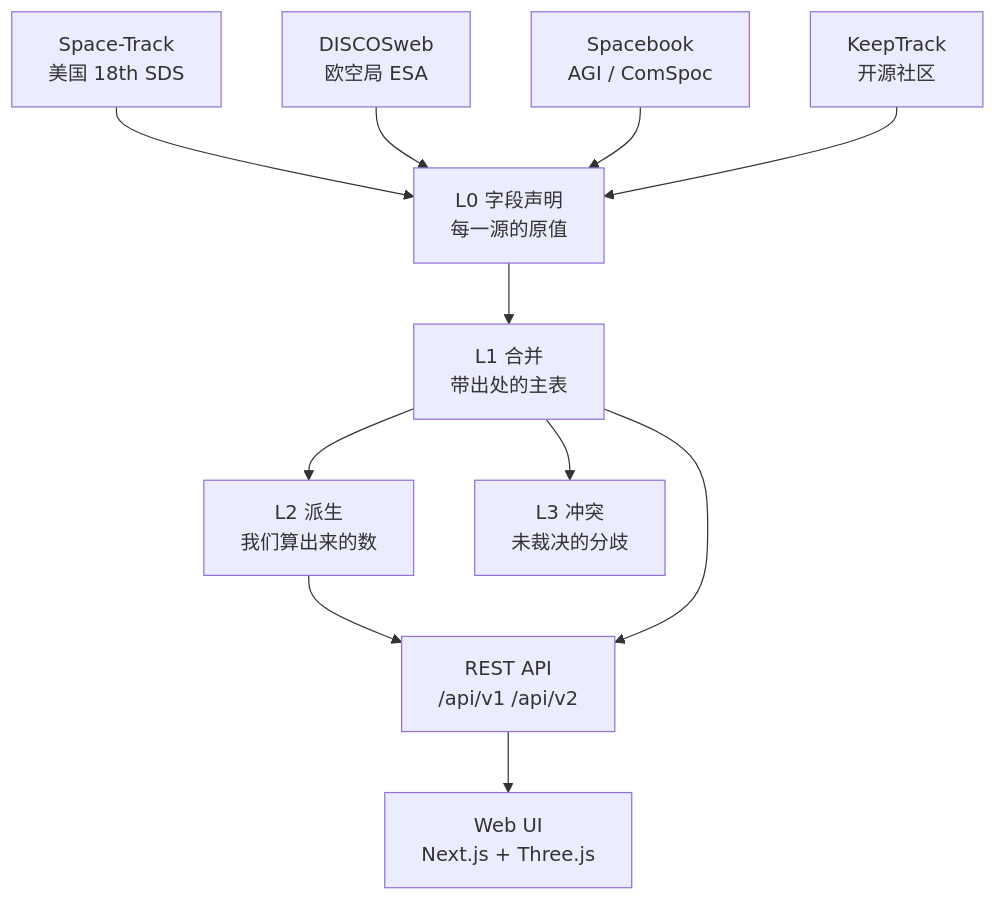
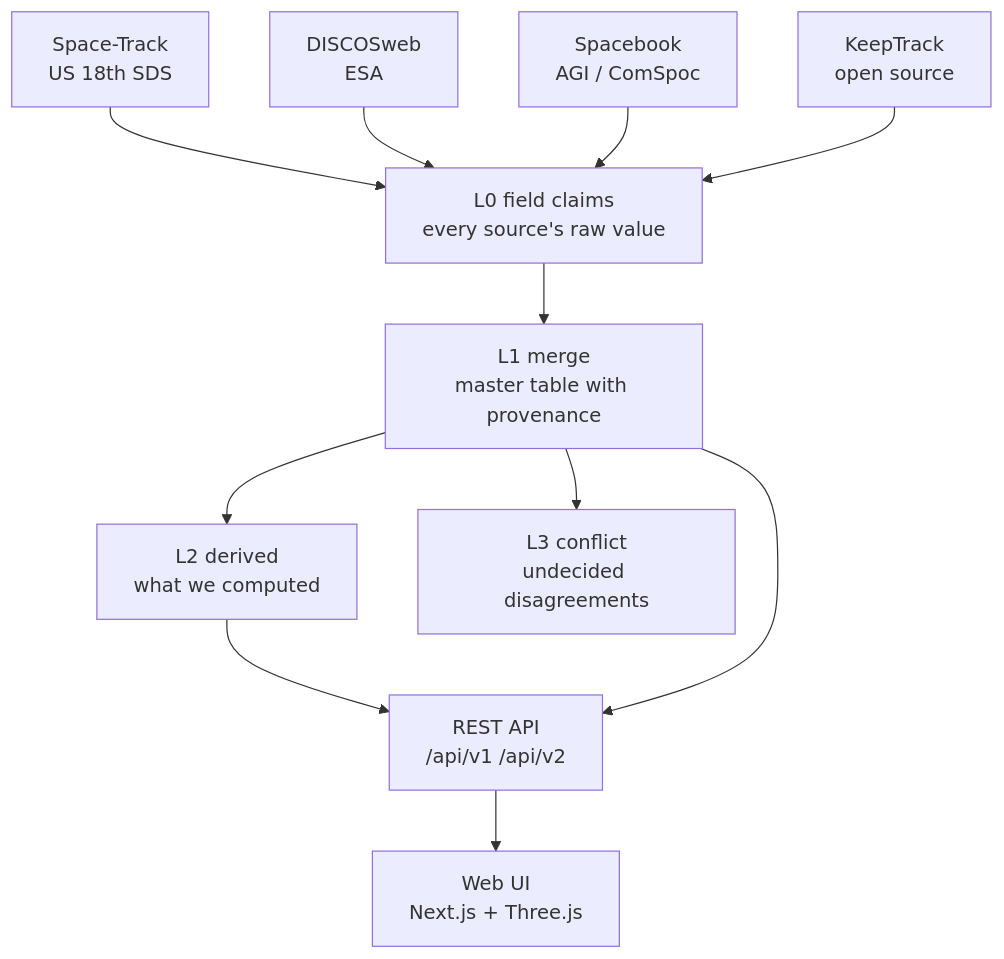
One commit to spacelibres/spacesafety changed the first of 2 diagrams in README.md. Above: the diagram before and after it, drawn with Mermaid. The commit also changed other lines of this file and 4 other files, not shown here.

````diff
--- a/README.md
+++ b/README.md
@@ -23,13 +37,13 @@
 ```mermaid
 graph TD
-    A["Space-Track<br/>美国 18th SDS"] --> M
-    B["DISCOSweb<br/>欧空局 ESA"] --> M
+    A["Space-Track<br/>US 18th SDS"] --> M
+    B["DISCOSweb<br/>ESA"] --> M
     C["Spacebook<br/>AGI / ComSpoc"] --> M
-    D["KeepTrack<br/>开源社区"] --> M
-    M["L0 字段声明<br/>每一源的原值"] --> L1["L1 合并<br/>带出处的主表"]
-    L1 --> L2["L2 派生<br/>我们算出来的数"]
-    L1 --> L3["L3 冲突<br/>未裁决的分歧"]
+    D["KeepTrack<br/>open source"] --> M
+    M["L0 field claims<br/>every source's raw value"] --> L1["L1 merge<br/>master table with provenance"]
+    L1 --> L2["L2 derived<br/>what we computed"]
+    L1 --> L3["L3 conflict<br/>undecided disagreements"]
     L2 --> API["REST API<br/>/api/v1 /api/v2"]
     L1 --> API
     API --> UI["Web UI<br/>Next.js + Three.js"]
 ```
````
